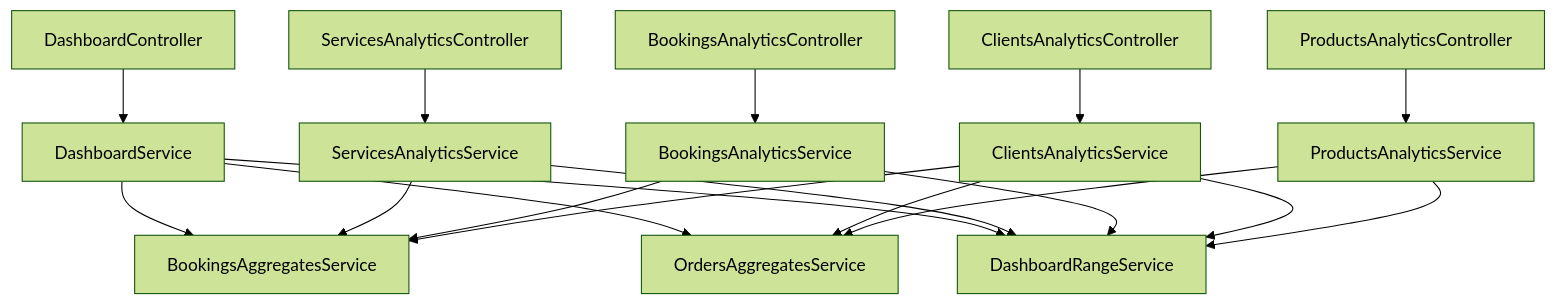
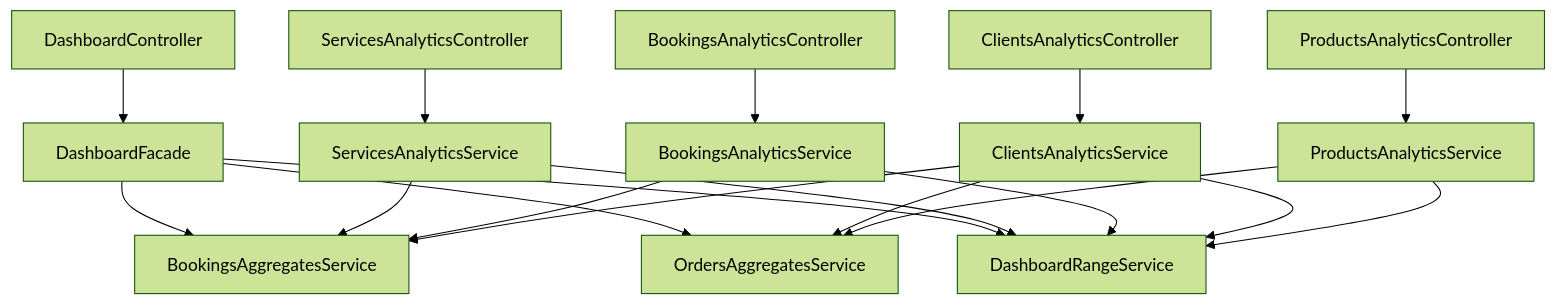
One commit to pavelnagorsky/crm-core changed the seventh of 7 diagrams in docs/architecture/flows.md. Above: the diagram before and after it, drawn with Mermaid (forest theme). The commit also changed other lines of this file and 577 other files, not shown here.

````diff
--- a/docs/architecture/flows.md
+++ b/docs/architecture/flows.md
@@ -143,23 +143,23 @@
 ```mermaid
 flowchart TB
-  DashboardController --> DashboardService
+  DashboardController --> DashboardFacade
   ServicesAnalyticsController --> ServicesAnalyticsService
   BookingsAnalyticsController --> BookingsAnalyticsService
   ClientsAnalyticsController --> ClientsAnalyticsService
   ProductsAnalyticsController --> ProductsAnalyticsService
 
-  DashboardService --> BookingsAggregatesService
-  DashboardService --> OrdersAggregatesService
+  DashboardFacade --> BookingsAggregatesService
+  DashboardFacade --> OrdersAggregatesService
 
   ServicesAnalyticsService --> BookingsAggregatesService
   BookingsAnalyticsService --> BookingsAggregatesService
   ClientsAnalyticsService --> BookingsAggregatesService
   ClientsAnalyticsService --> OrdersAggregatesService
   ProductsAnalyticsService --> OrdersAggregatesService
 
-  DashboardService --> DashboardRangeService
+  DashboardFacade --> DashboardRangeService
   ServicesAnalyticsService --> DashboardRangeService
   BookingsAnalyticsService --> DashboardRangeService
   ClientsAnalyticsService --> DashboardRangeService
   ProductsAnalyticsService --> DashboardRangeService
 ```
````
